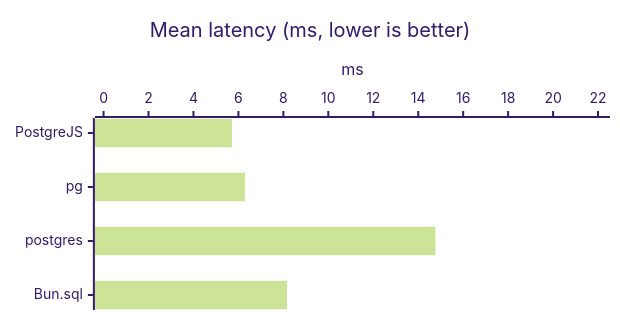
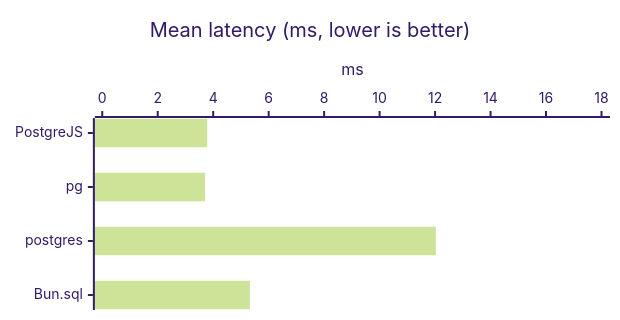
The first of 47 diagrams in doc/BENCHMARKS-bun.md (panates/postgrejs), drawn with Mermaid (forest theme) before and after one commit. The commit also changed other lines of this file and 1 other file, not shown here.

````diff
--- a/doc/BENCHMARKS-bun.md
+++ b/doc/BENCHMARKS-bun.md
@@ -88,8 +90,8 @@
 ```mermaid
 %%{init: {'xyChart': {'width': 600, 'height': 300, 'chartOrientation': 'horizontal'}}}%%
 xychart-beta
     title "Mean latency (ms, lower is better)"
     x-axis ["PostgreJS", "pg", "postgres", "Bun.sql"]
-    y-axis "ms" 0.0000 --> 22.1459
-    bar [5.7105, 6.2936, 14.7639, 8.1619]
+    y-axis "ms" 0.0000 --> 18.0406
+    bar [3.7858, 3.7071, 12.0271, 5.3237]
 ```
````
